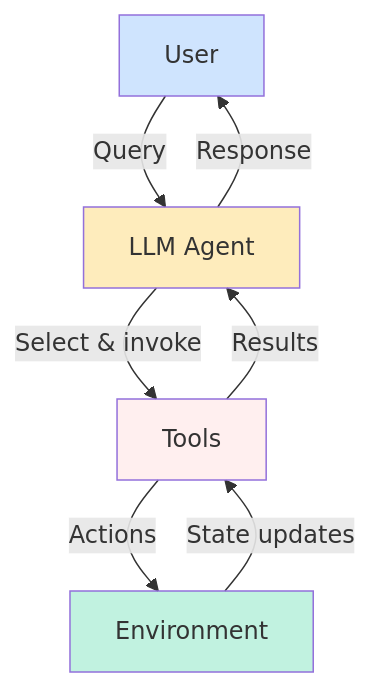
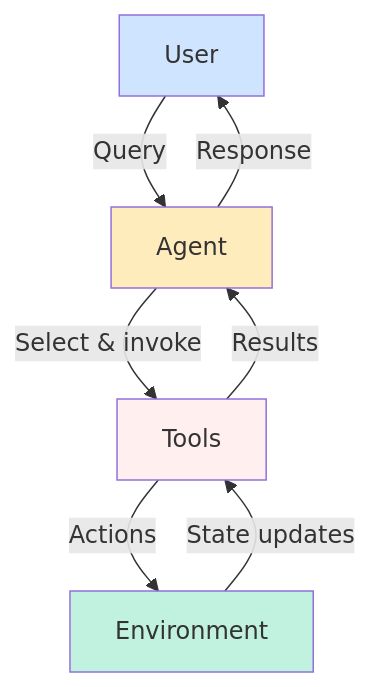
The diagram in docs/tutorials/concepts/agents.md (RailtownAI/railtracks), drawn with Mermaid before and after one commit.

Commit message:
Diagram fix

````diff
--- a/docs/tutorials/concepts/agents.md
+++ b/docs/tutorials/concepts/agents.md
@@ -24,24 +24,24 @@
 ```mermaid
 graph TB
     User[User]
-    LLM[LLM Agent]
+    Agent[Agent]
     Tools[Tools]
     Env[Environment]
     
-    User -->|Query| LLM
-    LLM -->|Response| User
-    LLM -->|Select & invoke| Tools
-    Tools -->|Results| LLM
+    User -->|Query| Agent
+    Agent -->|Response| User
+    Agent -->|Select & invoke| Tools
+    Tools -->|Results| Agent
     Tools -->|Actions| Env
     Env -->|State updates| Tools
     
     classDef userClass fill:#60A5FA,fill-opacity:0.3
     classDef agentClass fill:#FBBF24,fill-opacity:0.3
     classDef toolClass fill:#FECACA,fill-opacity:0.3
     classDef envClass fill:#34D399,fill-opacity:0.3
     
     class User userClass;
-    class LLM agentClass;
+    class Agent agentClass;
     class Tools toolClass;
     class Env envClass;
 ```
````
